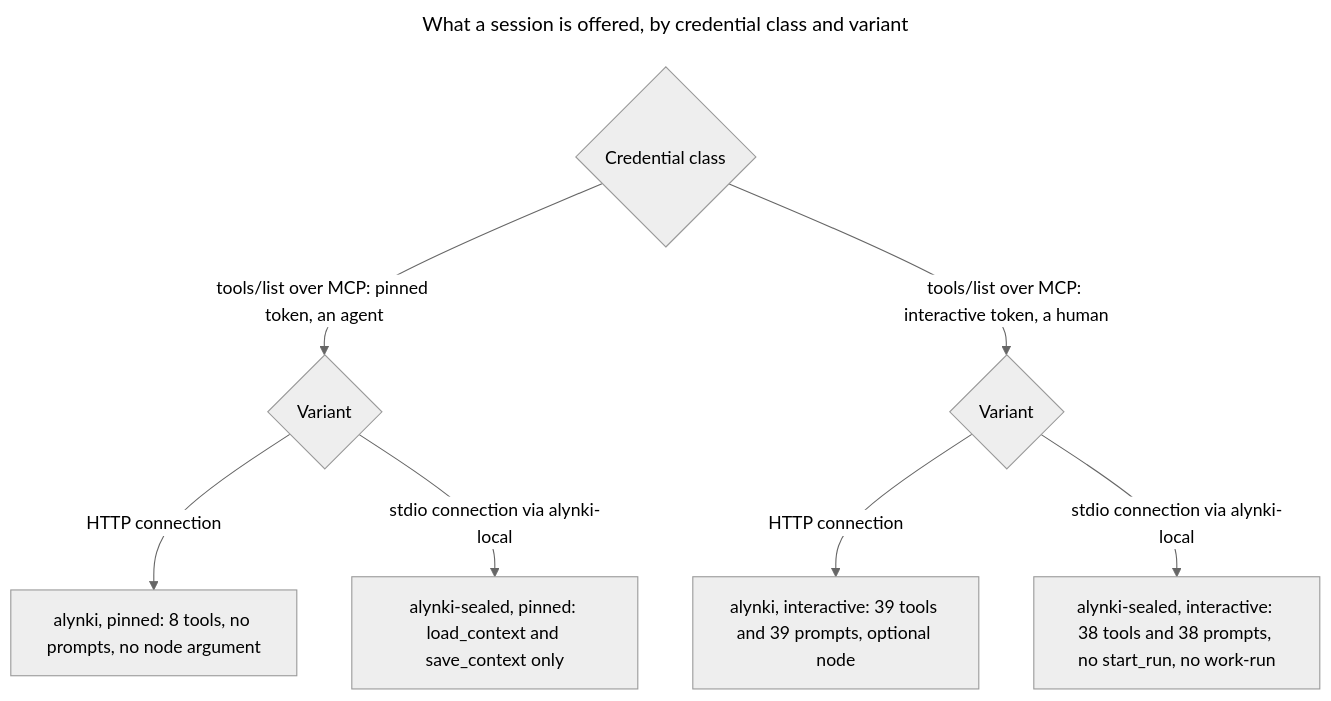
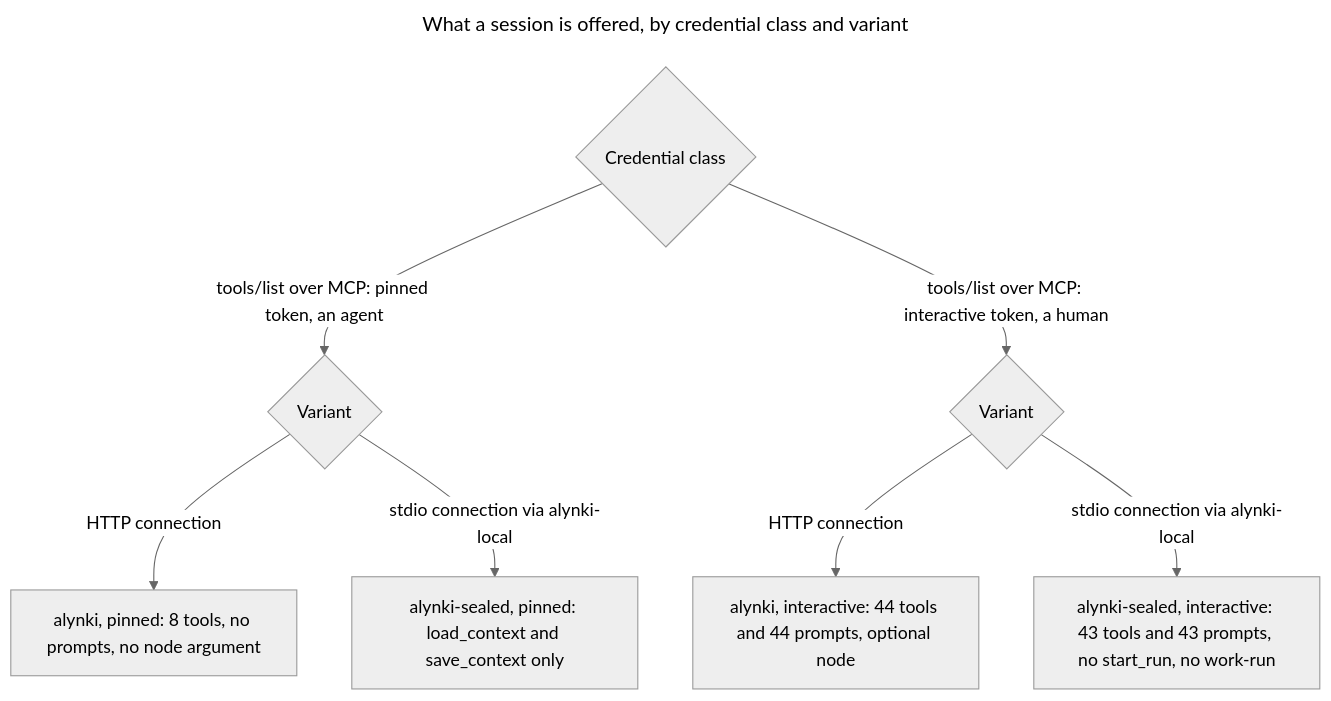
One commit to alynki/plugin changed the second of 4 diagrams in README.md. Above: the diagram before and after it, drawn with Mermaid (neutral theme). The commit also changed other lines of this file and 4 other files, not shown here.

First line of the commit message:
alynki/alynki#2829 Plugin release: alynki 0.27.0 and alynki-sealed 0.23.0 with the five inherited-check tools (plugin) (#67)

````diff
--- a/README.md
+++ b/README.md
@@ -200,20 +200,20 @@
 ```mermaid
 ---
 title: What a session is offered, by credential class and variant
 ---
 graph TB
   cls{"Credential class"}
   pinv{"Variant"}
   intv{"Variant"}
   p8["alynki, pinned: 8 tools, no prompts, no node argument"]
   ps["alynki-sealed, pinned: load_context and save_context only"]
-  i39["alynki, interactive: 39 tools and 39 prompts, optional node"]
-  i38["alynki-sealed, interactive: 38 tools and 38 prompts, no start_run, no work-run"]
+  i44["alynki, interactive: 44 tools and 44 prompts, optional node"]
+  i43["alynki-sealed, interactive: 43 tools and 43 prompts, no start_run, no work-run"]
 
   cls -->|"tools/list over MCP: pinned token, an agent"| pinv
   cls -->|"tools/list over MCP: interactive token, a human"| intv
   pinv -->|"HTTP connection"| p8
   pinv -->|"stdio connection via alynki-local"| ps
-  intv -->|"HTTP connection"| i39
-  intv -->|"stdio connection via alynki-local"| i38
+  intv -->|"HTTP connection"| i44
+  intv -->|"stdio connection via alynki-local"| i43
 ```
````
